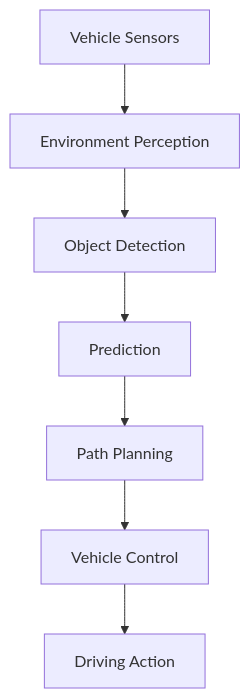
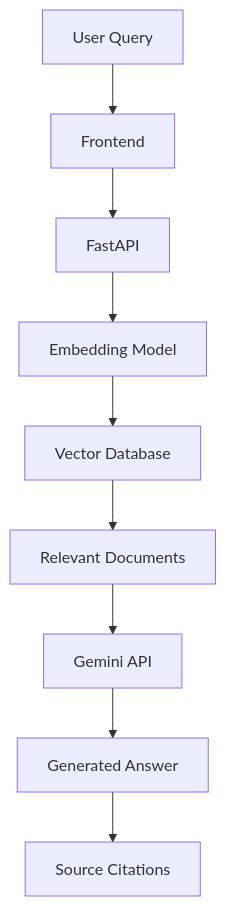
One commit to Ayush-srivastava504/System-design changed diagram 17 of 19 in DAY-005-GOOGLE-CASE-STUDY.md. Above: the diagram before and after it, drawn with Mermaid. The commit also changed other lines of this file, not shown here.

````diff
--- a/DAY-005-GOOGLE-CASE-STUDY.md
+++ b/DAY-005-GOOGLE-CASE-STUDY.md
@@ -700,9 +2199,13 @@
 ```mermaid
 flowchart TD
-    A[Vehicle Sensors] --> B[Environment Perception]
-    B --> C[Object Detection]
-    C --> D[Prediction]
-    D --> E[Path Planning]
-    E --> F[Vehicle Control]
-    F --> G[Driving Action]
+    A["User Query"] --> B["Frontend"]
+    B --> C["FastAPI"]
+    C --> D["Embedding Model"]
+
+    D --> E["Vector Database"]
+    E --> F["Relevant Documents"]
+
+    F --> G["Gemini API"]
+    G --> H["Generated Answer"]
+    H --> I["Source Citations"]
 ```
````
